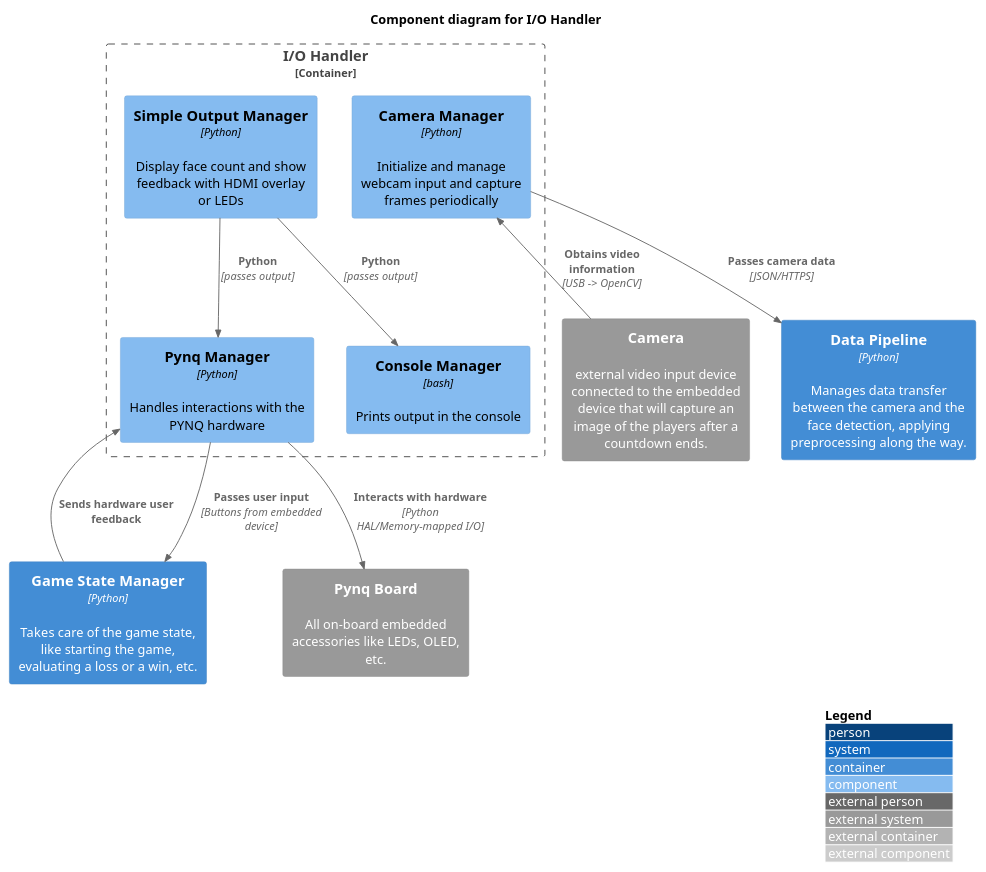
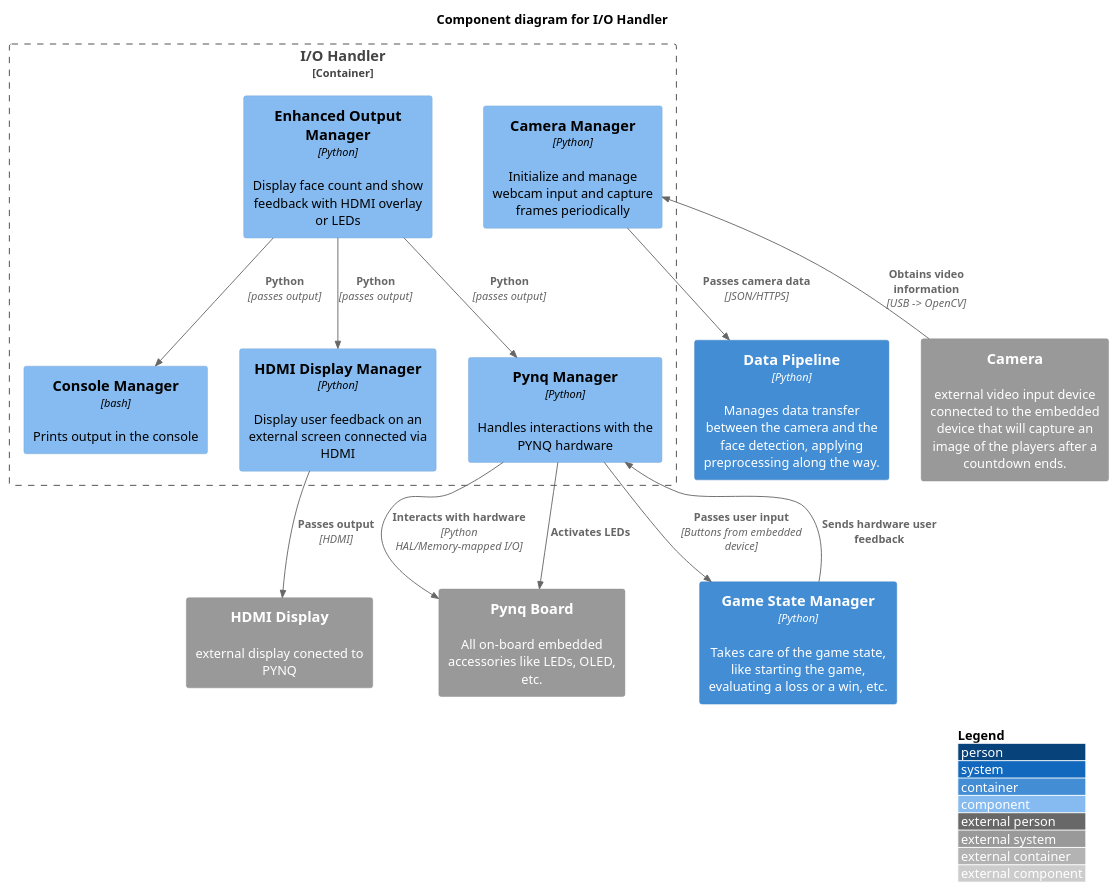
One commit to Kacper-Grzyb/dse-face-frenzy changed the diagram in 2-Class/Component-Diagrams/io-handler-component.puml. Above: the diagram before and after it, drawn with PlantUML. The commit also changed 2 other files, not shown here.

```diff
--- a/2-Class/Component-Diagrams/io-handler-component.puml
+++ b/2-Class/Component-Diagrams/io-handler-component.puml
@@ -1,34 +1,39 @@
 @startuml
 !include https://raw.githubusercontent.com/plantuml-stdlib/C4-PlantUML/master/C4_Component.puml
 ' uncomment the following line and comment the first to use locally
 ' !include C4_Component.puml
 
 LAYOUT_WITH_LEGEND()
 
 title Component diagram for I/O Handler
 
 System_Ext(camera, "Camera", "external video input device connected to the embedded device that will capture an image of the players after a countdown ends.")
 System_Ext(pynq, "Pynq Board", "All on-board embedded accessories like LEDs, OLED, etc.")
+System_Ext(display, "HDMI Display", "external display conected to PYNQ")
 
 Container(pipeline, "Data Pipeline", "Python", "Manages data transfer between the camera and the face detection, applying preprocessing along the way.")
 Container(game_manager, "Game State Manager", "Python", "Takes care of the game state, like starting the game, evaluating a loss or a win, etc.")
 
 
 Container_Boundary(io_handler, "I/O Handler") {
     Component(camera_manager, "Camera Manager", "Python", "Initialize and manage webcam input and capture frames periodically")
-    Component(output_manager, "Simple Output Manager", "Python", "Display face count and show feedback with HDMI overlay or LEDs")
+    Component(output_manager, "Enhanced Output Manager", "Python", "Display face count and show feedback with HDMI overlay or LEDs")
+    Component(screen_manager, "HDMI Display Manager", "Python", "Display user feedback on an external screen connected via HDMI")
     Component(pynq_manager, "Pynq Manager", "Python", "Handles interactions with the PYNQ hardware")
     Component(console_manager, "Console Manager", "bash", "Prints output in the console")
 
     Rel(output_manager, console_manager, "Python", "passes output")
     Rel(output_manager, pynq_manager, "Python", "passes output")
+    Rel(output_manager, screen_manager, "Python", "passes output")
 }
 
+Rel(screen_manager, display, "Passes output", "HDMI")
 Rel(camera_manager, pipeline, "Passes camera data", "JSON/HTTPS")
 Rel(pynq_manager, game_manager, "Passes user input", "Buttons from embedded device")
 Rel(game_manager, pynq_manager, "Sends hardware user feedback")
 
 Rel(pynq_manager, pynq, "Interacts with hardware", "Python HAL/Memory-mapped I/O")
+Rel(pynq_manager, pynq, "Activates LEDs")
 Rel_Back(camera_manager, camera, "Obtains video information", "USB -> OpenCV")
 
 @enduml
```
